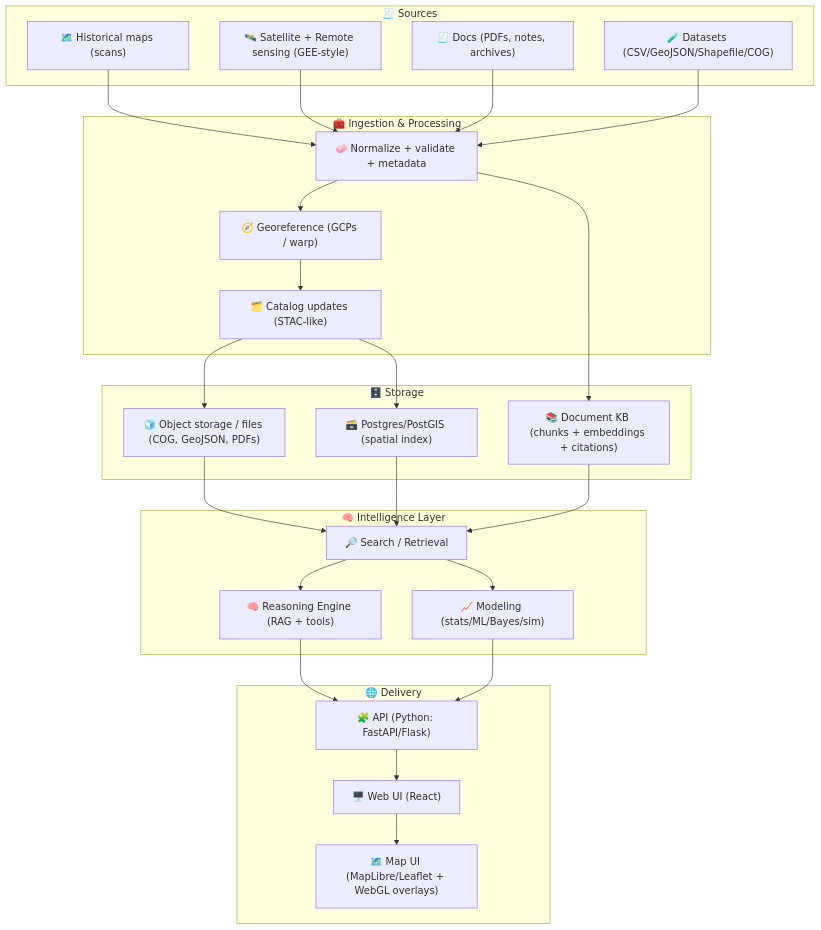
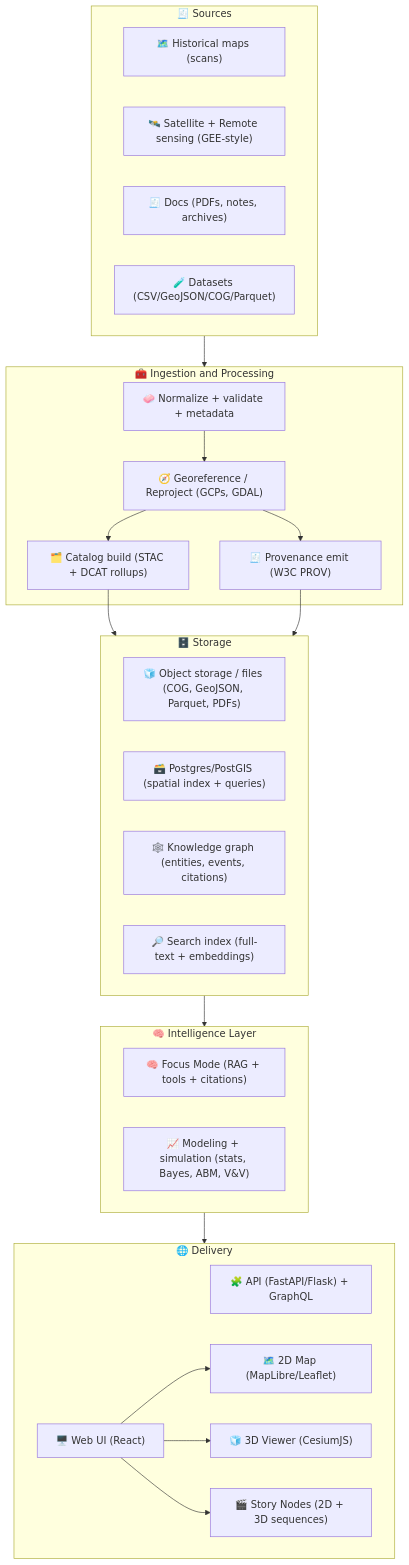
One commit to bartytime4life/Kansas-Frontier-Matrix changed the diagram in README.md. Above: the diagram before and after it, drawn with Mermaid. The commit also changed other lines of this file, not shown here.

````diff
--- a/README.md
+++ b/README.md
@@ -96,47 +143,47 @@
 ```mermaid
 flowchart TB
   subgraph Sources["🧾 Sources"]
     A["🗺️ Historical maps (scans)"]
     B["🛰️ Satellite + Remote sensing (GEE-style)"]
     C["🧾 Docs (PDFs, notes, archives)"]
-    D["🧪 Datasets (CSV/GeoJSON/Shapefile/COG)"]
+    D["🧪 Datasets (CSV/GeoJSON/COG/Parquet)"]
   end
 
-  subgraph Ingest["🧰 Ingestion & Processing"]
+  subgraph Ingest["🧰 Ingestion and Processing"]
     E["🧼 Normalize + validate + metadata"]
-    F["🧭 Georeference (GCPs / warp)"]
-    G["🗂️ Catalog updates (STAC-like)"]
+    F["🧭 Georeference / Reproject (GCPs, GDAL)"]
+    G["🗂️ Catalog build (STAC + DCAT rollups)"]
+    H["🧾 Provenance emit (W3C PROV)"]
   end
 
   subgraph Storage["🗄️ Storage"]
-    H["🧊 Object storage / files (COG, GeoJSON, PDFs)"]
-    I["🗃️ Postgres/PostGIS (spatial index)"]
-    J["📚 Document KB (chunks + embeddings + citations)"]
+    I["🧊 Object storage / files (COG, GeoJSON, Parquet, PDFs)"]
+    J["🗃️ Postgres/PostGIS (spatial index + queries)"]
+    K["🕸️ Knowledge graph (entities, events, citations)"]
+    L["🔎 Search index (full-text + embeddings)"]
   end
 
   subgraph Intelligence["🧠 Intelligence Layer"]
-    K["🔎 Search / Retrieval"]
-    L["🧠 Reasoning Engine (RAG + tools)"]
-    M["📈 Modeling (stats/ML/Bayes/sim)"]
+    M["🧠 Focus Mode (RAG + tools + citations)"]
+    N["📈 Modeling + simulation (stats, Bayes, ABM, V&V)"]
   end
 
   subgraph Delivery["🌐 Delivery"]
-    N["🧩 API (Python: FastAPI/Flask)"]
-    O["🖥️ Web UI (React)"]
-    P["🗺️ Map UI (MapLibre/Leaflet + WebGL overlays)"]
+    O["🧩 API (FastAPI/Flask) + GraphQL"]
+    P["🖥️ Web UI (React)"]
+    Q["🗺️ 2D Map (MapLibre/Leaflet)"]
+    R["🧊 3D Viewer (CesiumJS)"]
+    S["🎬 Story Nodes (2D + 3D sequences)"]
   end
 
-  A-->E
-  B-->E
-  C-->E
-  D-->E
-  E-->F-->G
-  G-->H
-  G-->I
-  E-->J
-  H-->K
-  I-->K
-  J-->K
-  K-->L-->N-->O-->P
-  K-->M-->N
+  Sources --> Ingest
+  E --> F --> G
+  F --> H
+  G --> Storage
+  H --> Storage
+  Storage --> Intelligence
+  Intelligence --> Delivery
+  P --> Q
+  P --> R
+  P --> S
 ```
````
